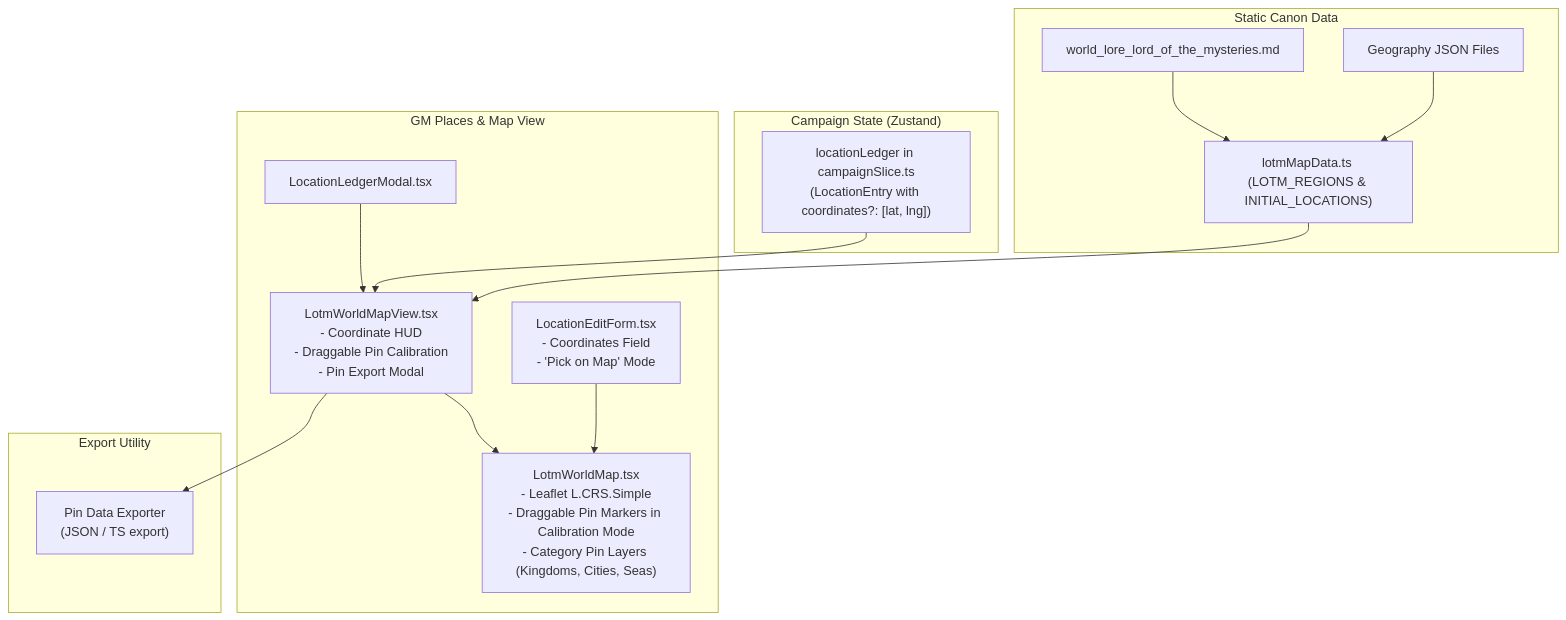
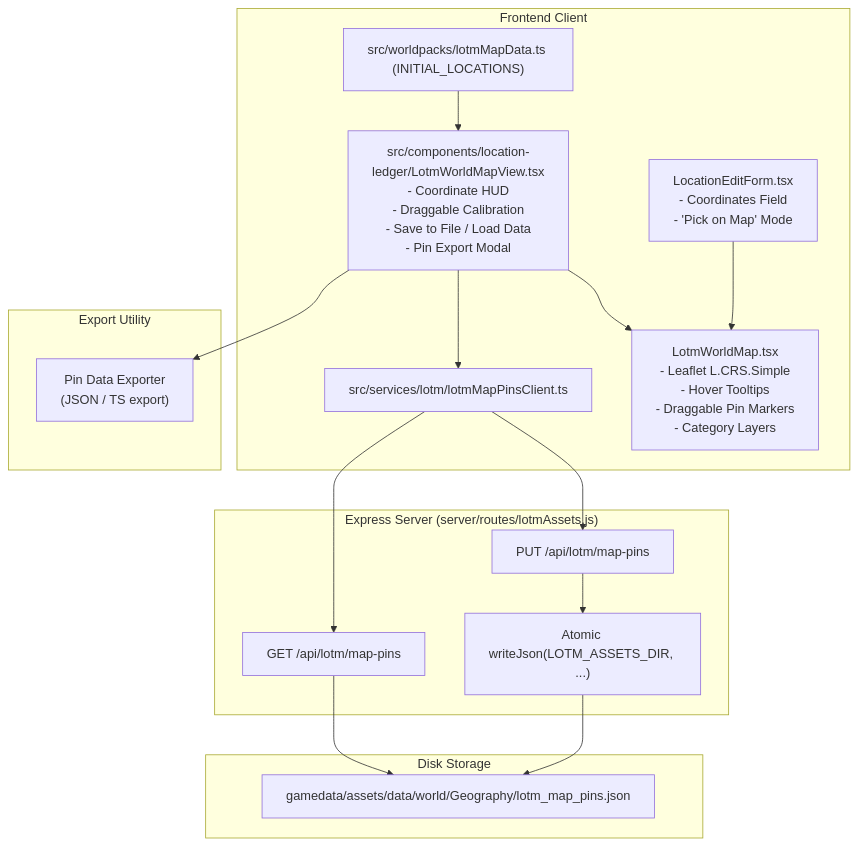
One commit to TheMagiche/LOTM-GAME changed the diagram in docs/agents/lotm-world-map-pin-editor.md. Above: the diagram before and after it, drawn with Mermaid. The commit also changed other lines of this file and 7 other files, not shown here.

````diff
--- a/docs/agents/lotm-world-map-pin-editor.md
+++ b/docs/agents/lotm-world-map-pin-editor.md
@@ -22,32 +22,34 @@
 ```mermaid
 flowchart TD
-    subgraph CanonData ["Static Canon Data"]
-        WorldLore["world_lore_lord_of_the_mysteries.md"]
-        GeoJson["Geography JSON Files"]
-        MapData["lotmMapData.ts (LOTM_REGIONS & INITIAL_LOCATIONS)"]
-        GeoJson --> MapData
-        WorldLore --> MapData
+    subgraph DiskStorage ["Disk Storage"]
+        PinsFile["gamedata/assets/data/world/Geography/lotm_map_pins.json"]
     end
 
-    subgraph StoreLayer ["Campaign State (Zustand)"]
-        Ledger["locationLedger in campaignSlice.ts\n(LocationEntry with coordinates?: [lat, lng])"]
+    subgraph BackendAPI ["Express Server (server/routes/lotmAssets.js)"]
+        GetPins["GET /api/lotm/map-pins"]
+        PutPins["PUT /api/lotm/map-pins"]
+        WriteJson["Atomic writeJson(LOTM_ASSETS_DIR, ...)"]
+        GetPins --> PinsFile
+        PutPins --> WriteJson --> PinsFile
     end
 
-    subgraph GMInterface ["GM Places & Map View"]
-        LedgerModal["LocationLedgerModal.tsx"]
-        MapView["LotmWorldMapView.tsx\n- Coordinate HUD\n- Draggable Pin Calibration\n- Pin Export Modal"]
+    subgraph FrontendEngine ["Frontend Client"]
+        ClientService["src/services/lotm/lotmMapPinsClient.ts"]
+        StaticFallback["src/worldpacks/lotmMapData.ts (INITIAL_LOCATIONS)"]
+        MapView["src/components/location-ledger/LotmWorldMapView.tsx\n- Coordinate HUD\n- Draggable Calibration\n- Save to File / Load Data\n- Pin Export Modal"]
         EditForm["LocationEditForm.tsx\n- Coordinates Field\n- 'Pick on Map' Mode"]
-        LeafletMap["LotmWorldMap.tsx\n- Leaflet L.CRS.Simple\n- Draggable Pin Markers in Calibration Mode\n- Category Pin Layers (Kingdoms, Cities, Seas)"]
-        LedgerModal --> MapView
+        LeafletMap["LotmWorldMap.tsx\n- Leaflet L.CRS.Simple\n- Hover Tooltips\n- Draggable Pin Markers\n- Category Layers"]
+        
+        ClientService --> GetPins
+        ClientService --> PutPins
+        MapView --> ClientService
+        StaticFallback --> MapView
         MapView --> LeafletMap
         EditForm --> LeafletMap
     end
 
     subgraph Exporter ["Export Utility"]
         ExportModal["Pin Data Exporter\n(JSON / TS export)"]
         MapView --> ExportModal
     end
-
-    MapData --> MapView
-    Ledger --> MapView
 ```
````
